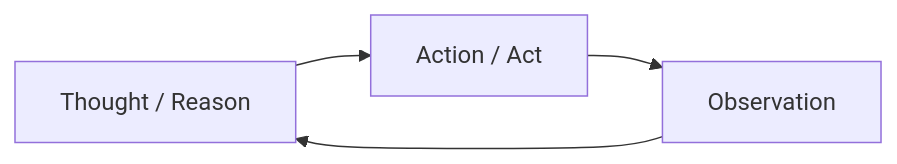
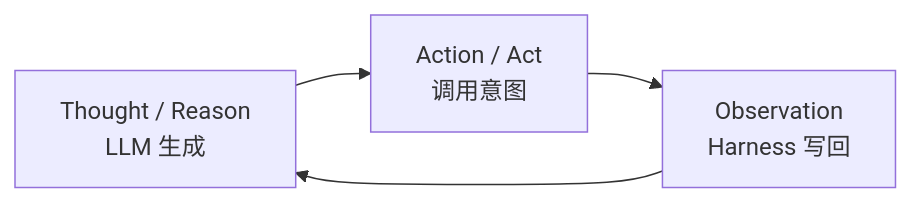
One commit to wolf-wolf/ai-tell-ai changed the diagram in docs/agent/pattern/reAct.md. Above: the diagram before and after it, drawn with Mermaid. The commit also changed other lines of this file and 97 other files, not shown here.

````diff
--- a/docs/agent/pattern/reAct.md
+++ b/docs/agent/pattern/reAct.md
@@ -47,6 +75,6 @@
 ```mermaid
 flowchart LR
-    T[Thought / Reason] --> A[Action / Act]
-    A --> O[Observation]
+    T["Thought / Reason<br/>LLM 生成"] --> A["Action / Act<br/>调用意图"]
+    A --> O["Observation<br/>Harness 写回"]
     O --> T
 ```
````
